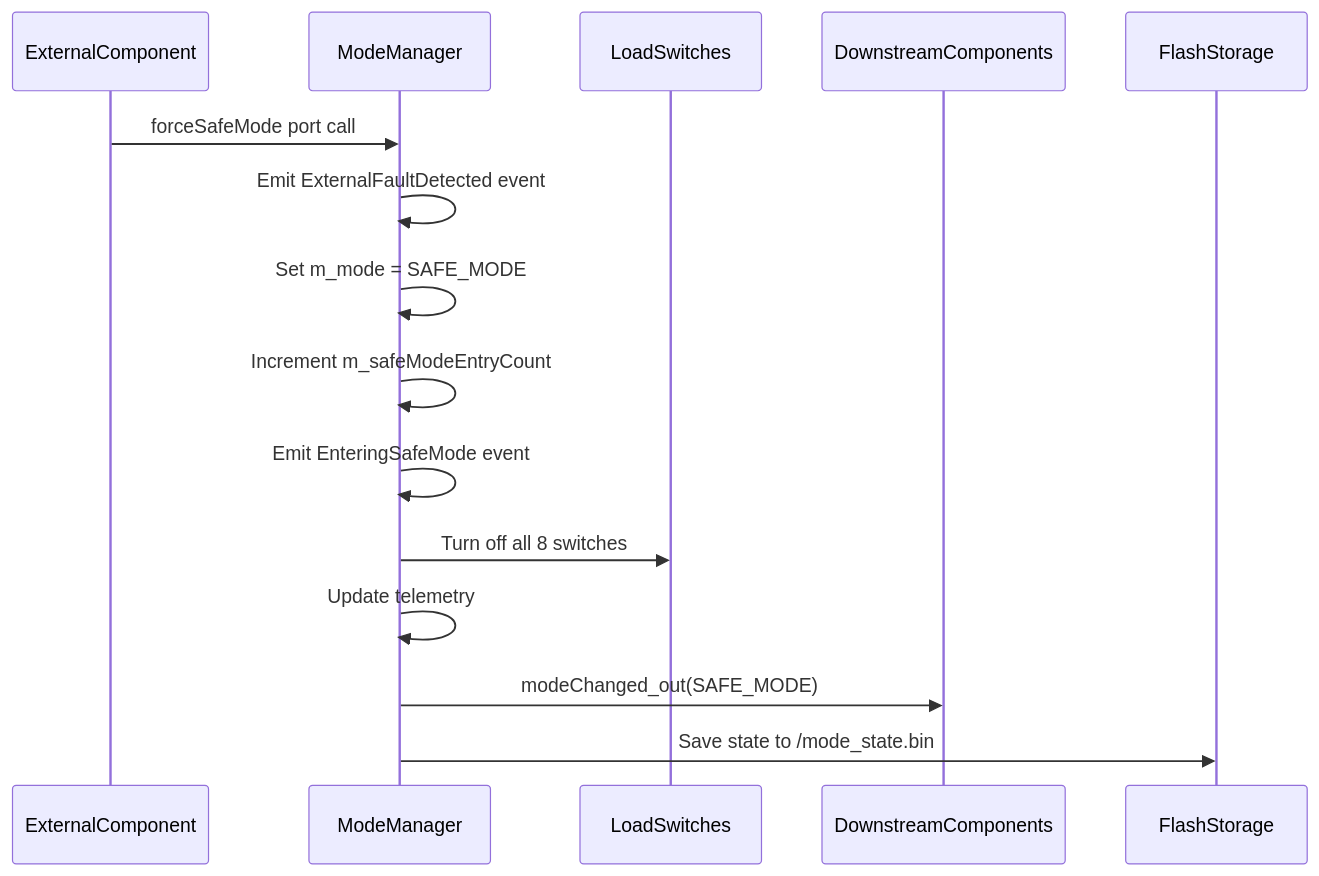
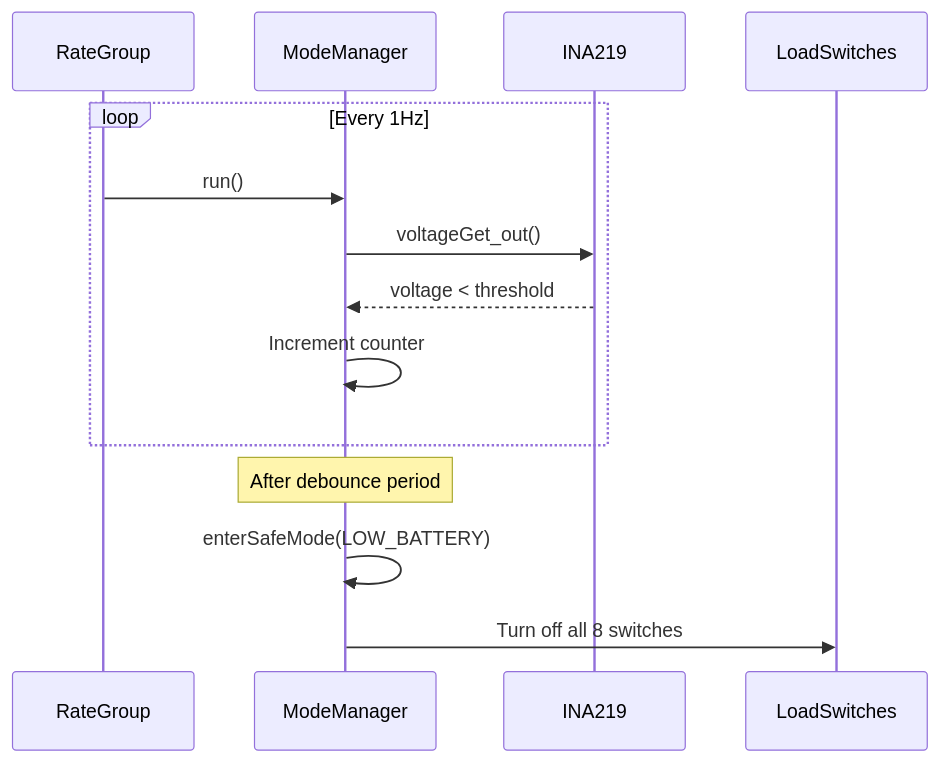
Before and after one commit to Open-Source-Space-Foundation/proves-core-reference: the second of 3 diagrams in FprimeZephyrReference/Components/ModeManager/docs/sdd.md, drawn with Mermaid. The commit also changed other lines of this file and 11 other files, not shown here.

First line of the commit message:
Safe <-> Normal Mode switch  (#168)

````diff
--- a/FprimeZephyrReference/Components/ModeManager/docs/sdd.md
+++ b/FprimeZephyrReference/Components/ModeManager/docs/sdd.md
@@ -167,18 +147,17 @@
 ```mermaid
 sequenceDiagram
-    participant ExternalComponent
+    participant RateGroup
     participant ModeManager
+    participant INA219
     participant LoadSwitches
-    participant DownstreamComponents
-    participant FlashStorage
 
-    ExternalComponent->>ModeManager: forceSafeMode port call
-    ModeManager->>ModeManager: Emit ExternalFaultDetected event
-    ModeManager->>ModeManager: Set m_mode = SAFE_MODE
-    ModeManager->>ModeManager: Increment m_safeModeEntryCount
-    ModeManager->>ModeManager: Emit EnteringSafeMode event
+    loop Every 1Hz
+        RateGroup->>ModeManager: run()
+        ModeManager->>INA219: voltageGet_out()
+        INA219-->>ModeManager: voltage < threshold
+        ModeManager->>ModeManager: Increment counter
+    end
+    Note over ModeManager: After debounce period
+    ModeManager->>ModeManager: enterSafeMode(LOW_BATTERY)
     ModeManager->>LoadSwitches: Turn off all 8 switches
-    ModeManager->>ModeManager: Update telemetry
-    ModeManager->>DownstreamComponents: modeChanged_out(SAFE_MODE)
-    ModeManager->>FlashStorage: Save state to /mode_state.bin
 ```
````
